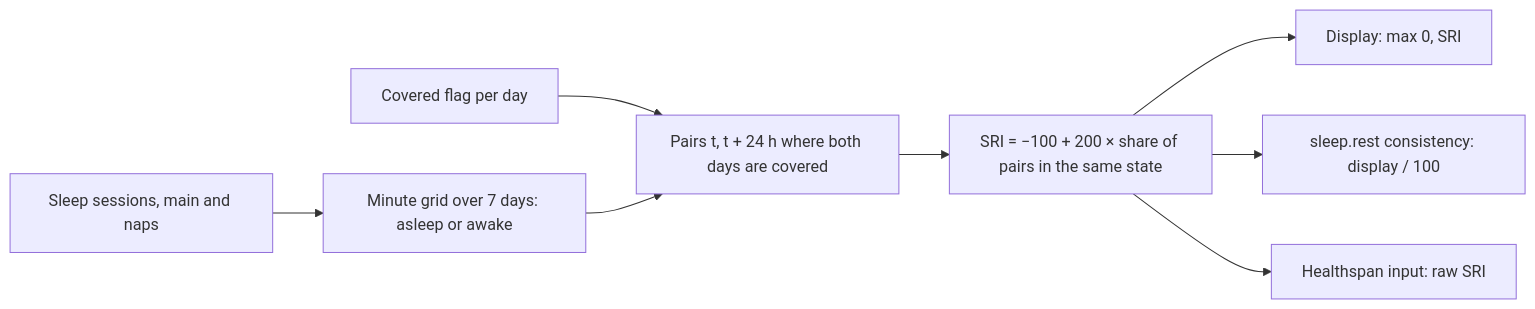
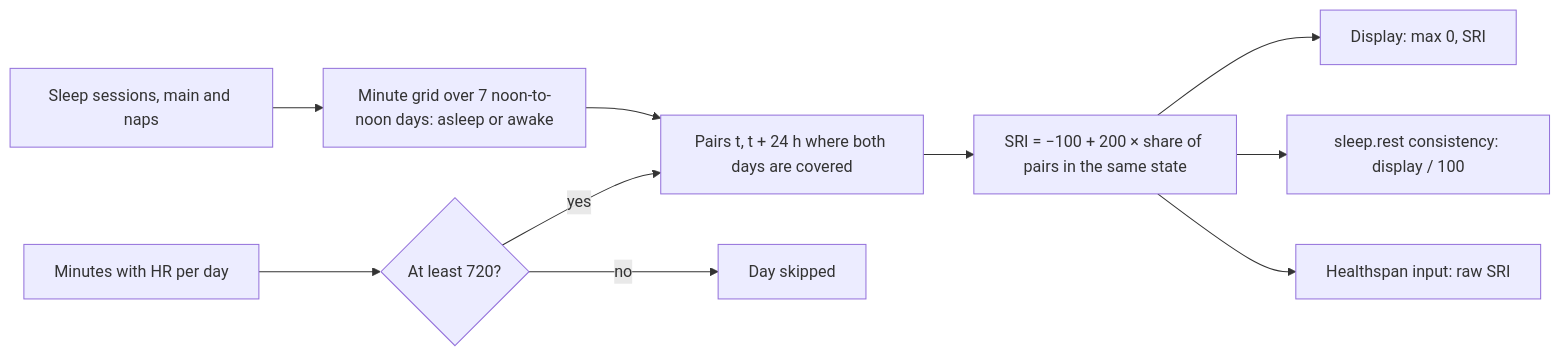
The diagram in docs/algorithms/sleep-regularity.md (Ajamuar/pulse), drawn with Mermaid before and after one commit. The commit also changed other lines of this file and 12 other files, not shown here.

````diff
--- a/docs/algorithms/sleep-regularity.md
+++ b/docs/algorithms/sleep-regularity.md
@@ -9,10 +9,12 @@
 ```mermaid
 flowchart LR
-  S[Sleep sessions, main and naps] --> M[Minute grid over 7 days: asleep or awake]
-  C[Covered flag per day] --> P
+  S[Sleep sessions, main and naps] --> M[Minute grid over 7 noon-to-noon days: asleep or awake]
+  W[Minutes with HR per day] --> C{At least 720?}
+  C -->|yes| P
+  C -->|no| X[Day skipped]
   M --> P[Pairs t, t + 24 h where both days are covered]
   P --> SRI[SRI = −100 + 200 × share of pairs in the same state]
   SRI --> D[Display: max 0, SRI]
   SRI --> K[sleep.rest consistency: display / 100]
   SRI --> H[Healthspan input: raw SRI]
 ```
````
